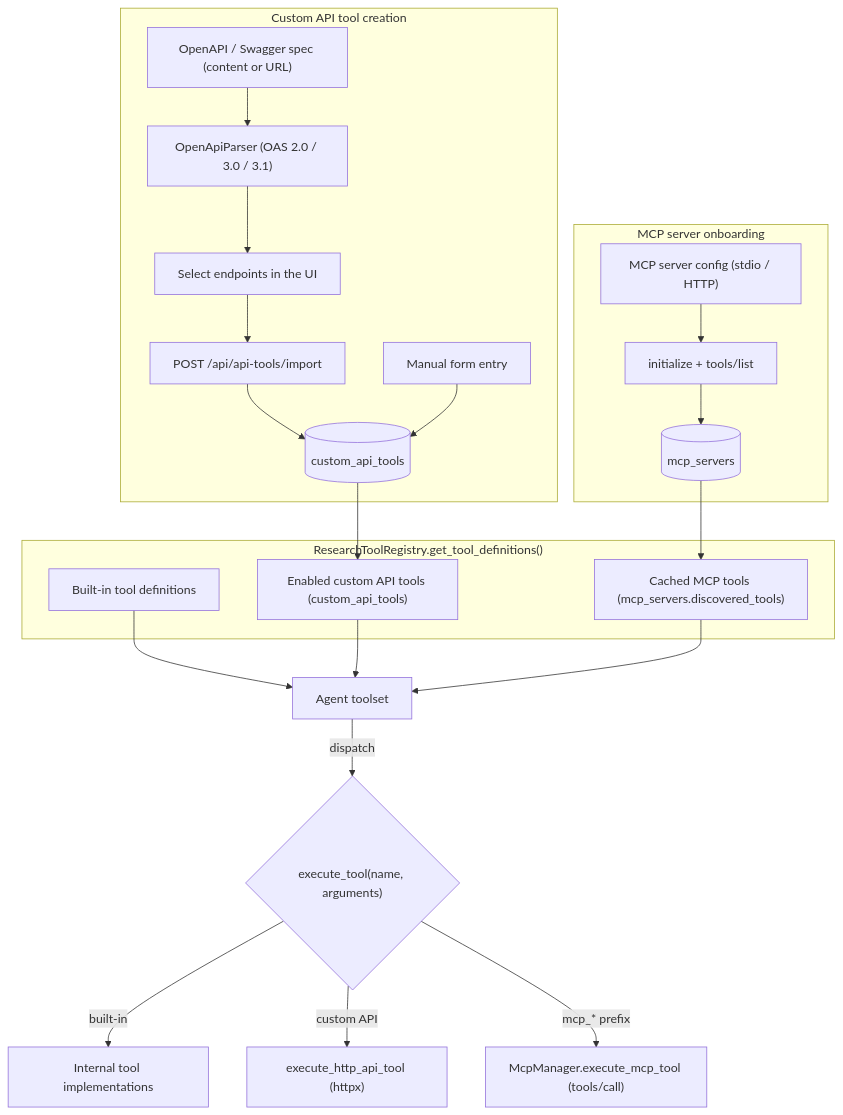
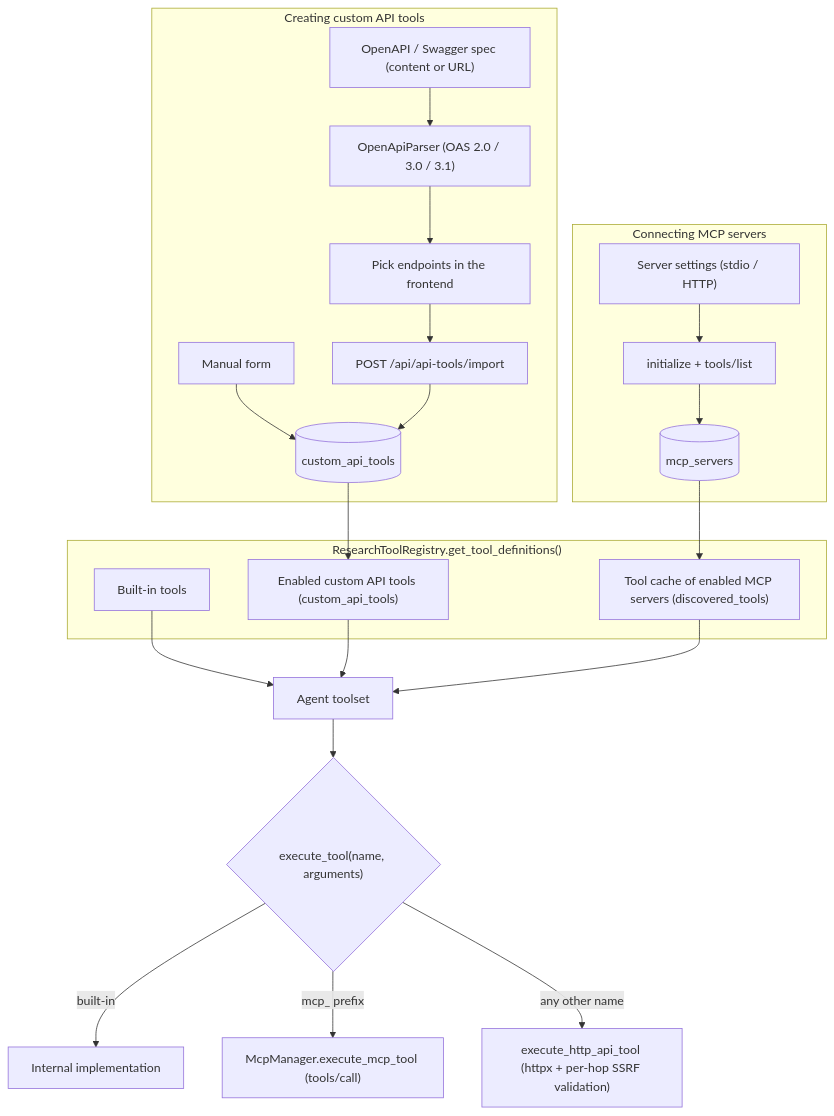
The seventh of 9 diagrams in docs/architecture_en.md (Scorpio-meow/AskMiao), drawn with Mermaid before and after one commit. The commit also changed other lines of this file and 32 other files, not shown here.

````diff
--- a/docs/architecture_en.md
+++ b/docs/architecture_en.md
@@ -188,32 +410,29 @@
 ```mermaid
 flowchart TB
     subgraph Registry ["ResearchToolRegistry.get_tool_definitions()"]
-        Builtin["Built-in tool definitions"]
+        Builtin["Built-in tools"]
         DynamicApi["Enabled custom API tools (custom_api_tools)"]
-        DynamicMcp["Cached MCP tools (mcp_servers.discovered_tools)"]
+        DynamicMcp["Tool cache of enabled MCP servers (discovered_tools)"]
     end
 
-    subgraph ImportFlow ["Custom API tool creation"]
+    subgraph ImportFlow ["Creating custom API tools"]
         Spec["OpenAPI / Swagger spec (content or URL)"] --> Parser["OpenApiParser (OAS 2.0 / 3.0 / 3.1)"]
-        Parser --> Select["Select endpoints in the UI"]
+        Parser --> Select["Pick endpoints in the frontend"]
         Select --> Import["POST /api/api-tools/import"]
-        Import --> DB[(custom_api_tools)]
-        Manual["Manual form entry"] --> DB
+        Manual["Manual form"] --> DB[(custom_api_tools)]
+        Import --> DB
     end
 
-    subgraph McpFlow ["MCP server onboarding"]
-        Server["MCP server config (stdio / HTTP)"] --> Discover["initialize + tools/list"]
+    subgraph McpFlow ["Connecting MCP servers"]
+        Server["Server settings (stdio / HTTP)"] --> Discover["initialize + tools/list"]
         Discover --> McpDB[(mcp_servers)]
     end
 
     DB --> DynamicApi
     McpDB --> DynamicMcp
-    Builtin --> Agent["Agent toolset"]
-    DynamicApi --> Agent
-    DynamicMcp --> Agent
-
-    Agent -->|dispatch| Exec{"execute_tool(name, arguments)"}
-    Exec -->|built-in| Internal["Internal tool implementations"]
-    Exec -->|custom API| Http["execute_http_api_tool (httpx)"]
-    Exec -->|mcp_* prefix| McpCall["McpManager.execute_mcp_tool (tools/call)"]
+    Builtin & DynamicApi & DynamicMcp --> Agent["Agent toolset"]
+    Agent --> Exec{"execute_tool(name, arguments)"}
+    Exec -->|built-in| Internal["Internal implementation"]
+    Exec -->|mcp_ prefix| McpCall["McpManager.execute_mcp_tool (tools/call)"]
+    Exec -->|any other name| Http["execute_http_api_tool (httpx + per-hop SSRF validation)"]
 ```
````
